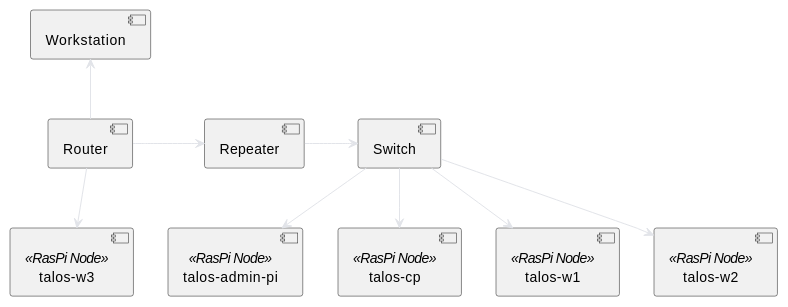
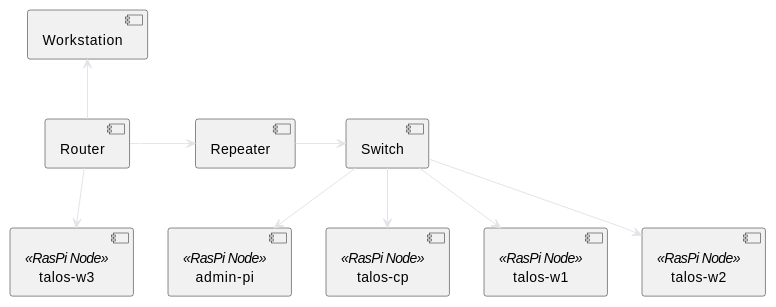
Before and after one commit to sommerfeld-io/configs-homelab: the diagram in docs/nodes/talos-cluster/index.md, drawn with PlantUML. The commit also changed other lines of this file and 4 other files, not shown here.

````diff
--- a/docs/nodes/talos-cluster/index.md
+++ b/docs/nodes/talos-cluster/index.md
@@ -128,34 +128,34 @@
 ```kroki-plantuml
 @startuml
 
 skinparam linetype polyline
 skinparam backgroundColor transparent
 skinparam fontColor #E2E4E9
 skinparam arrowColor #E2E4E9
 
 skinparam activity {
     'FontName Ubuntu
     FontName Roboto
 }
 
 component ws as "Workstation"
 component Router
 component Repeater
 component Switch
-component pi_mgmt as "talos-admin-pi" <<RasPi Node>>
+component pi_mgmt as "admin-pi" <<RasPi Node>>
 component pi0 as "talos-cp" <<RasPi Node>>
 component pi1 as "talos-w1" <<RasPi Node>>
 component pi2 as "talos-w2" <<RasPi Node>>
 component pi3 as "talos-w3" <<RasPi Node>>
 
 ws <-down- Router
 Router -right-> Repeater
 Router -down-> pi3
 Repeater -right-> Switch
 Switch -down-> pi_mgmt
 Switch -down-> pi0
 Switch -down-> pi1
 Switch -down-> pi2
 
 @enduml
 ```
````
